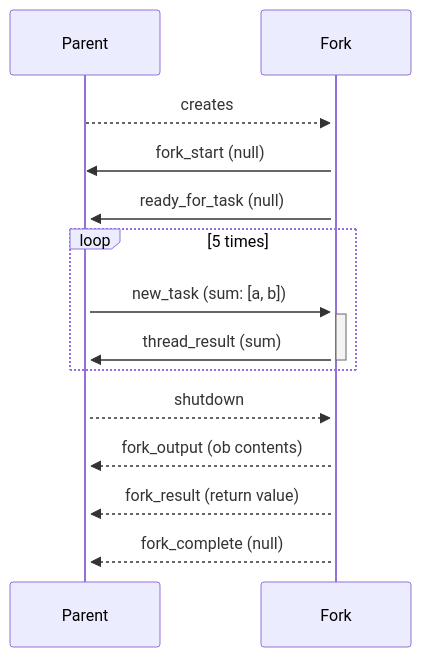
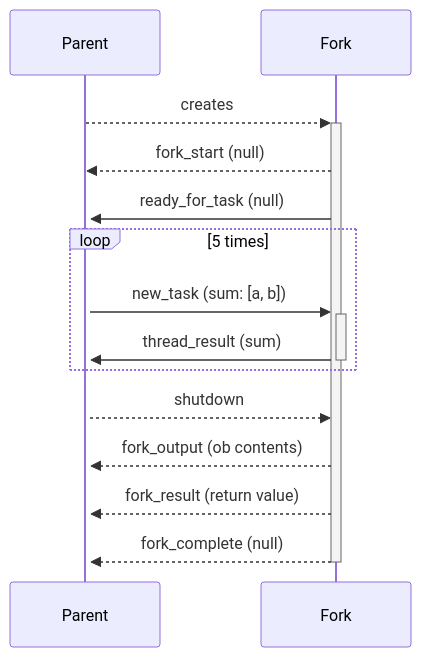
The diagram in README.md (tbessenreither/quickfork), drawn with Mermaid before and after one commit.

Commit message:
Fix block start/stop in sequence diagram

````diff
--- a/README.md
+++ b/README.md
@@ -140,15 +140,15 @@
 ```mermaid
 sequenceDiagram
     Parent-->>+Fork: creates
-    Fork->>Parent: fork_start (null)
+    Fork-->>Parent: fork_start (null)
     Fork->>+Parent: ready_for_task (null)
     loop 5 times
     Parent->>+Fork: new_task (sum: [a, b])
     Fork->>-Parent: thread_result (sum)
     end
     Parent-->>Fork: shutdown
     Fork-->>Parent: fork_output (ob contents)
     Fork-->>Parent: fork_result (return value)
-    Fork-->>Parent: fork_complete (null)
+    Fork-->>-Parent: fork_complete (null)
 
 ```
````
